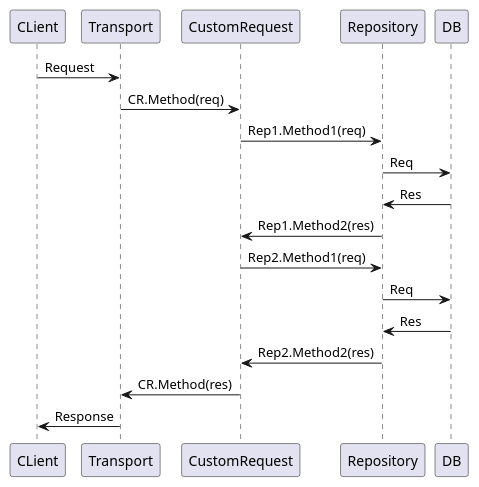
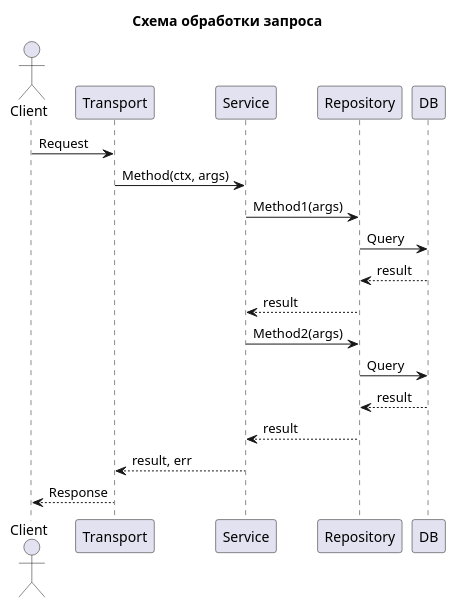
One commit to maxjonny/go_practic changed the diagram in scheme.puml. Above: the diagram before and after it, drawn with PlantUML. The commit also changed 6 other files, not shown here.

```diff
--- a/scheme.puml
+++ b/scheme.puml
@@ -1,14 +1,28 @@
 @startuml
-CLient -> Transport : Request
-Transport -> CustomRequest: CR.Method(req)
-CustomRequest -> Repository: Rep1.Method1(req)
-Repository -> DB: Req
-Repository <- DB: Res
-CustomRequest <- Repository: Rep1.Method2(res)
-CustomRequest -> Repository: Rep2.Method1(req)
-Repository -> DB: Req
-Repository <- DB: Res
-CustomRequest <- Repository: Rep2.Method2(res)
-Transport <- CustomRequest: CR.Method(res)
-CLient <- Transport : Response
+title Схема обработки запроса
+
+actor Client
+participant Transport
+participant Service
+participant Repository
+participant DB
+
+
+
+Client -> Transport : Request
+Transport -> Service : Method(ctx, args)
+
+Service -> Repository : Method1(args)
+Repository -> DB : Query
+DB --> Repository : result
+Repository --> Service : result
+
+Service -> Repository : Method2(args)
+Repository -> DB : Query
+DB --> Repository : result
+Repository --> Service : result
+
+Service --> Transport : result, err
+Transport --> Client : Response
+
 @enduml
```
